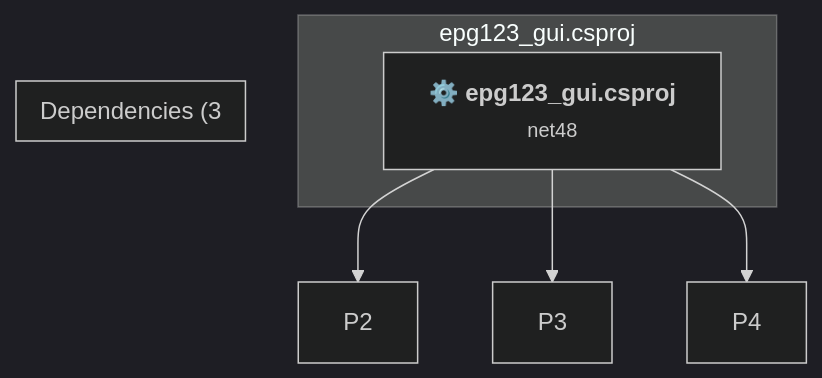
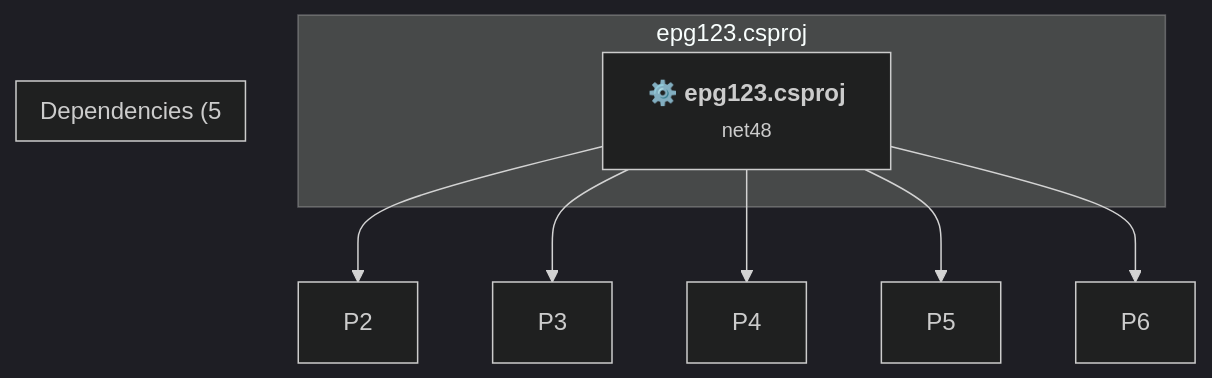
The second of 2 diagrams in .github/upgrades/scenarios/dotnet-version-upgrade/assessment.md (Kev506/epg123), drawn with Mermaid (dark theme) before and after one commit. The commit also changed other lines of this file and 9 other files, not shown here.

````diff
--- a/.github/upgrades/scenarios/dotnet-version-upgrade/assessment.md
+++ b/.github/upgrades/scenarios/dotnet-version-upgrade/assessment.md
@@ -181,13 +188,15 @@
 ```mermaid
 flowchart TB
-    subgraph current["epg123_gui.csproj"]
-        MAIN["<b>⚙️&nbsp;epg123_gui.csproj</b><br/><small>net48</small>"]
-        click MAIN "#epg123_guicsproj"
+    subgraph current["epg123.csproj"]
+        MAIN["<b>⚙️&nbsp;epg123.csproj</b><br/><small>net48</small>"]
+        click MAIN "#epg123csproj"
     end
-    subgraph downstream["Dependencies (3"]
+    subgraph downstream["Dependencies (5"]
     end
     MAIN --> P2
     MAIN --> P3
     MAIN --> P4
+    MAIN --> P5
+    MAIN --> P6
 
 ```
````
